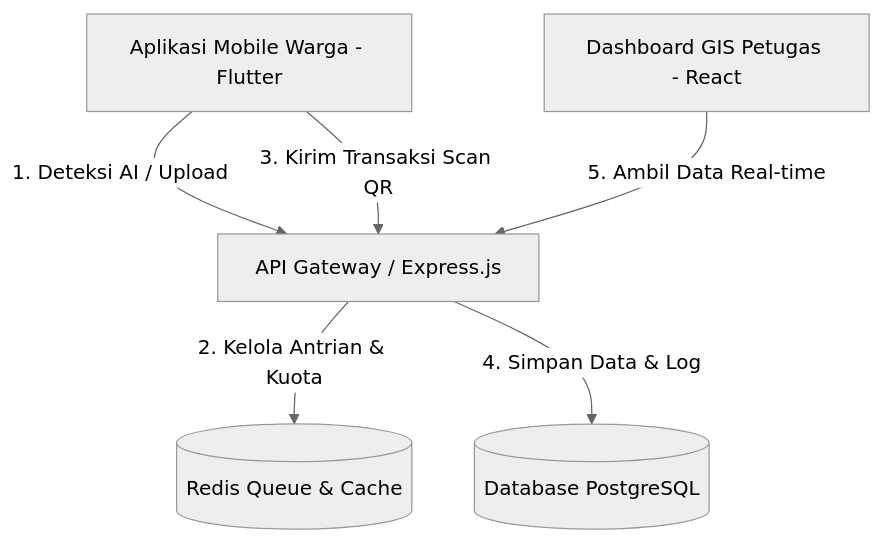
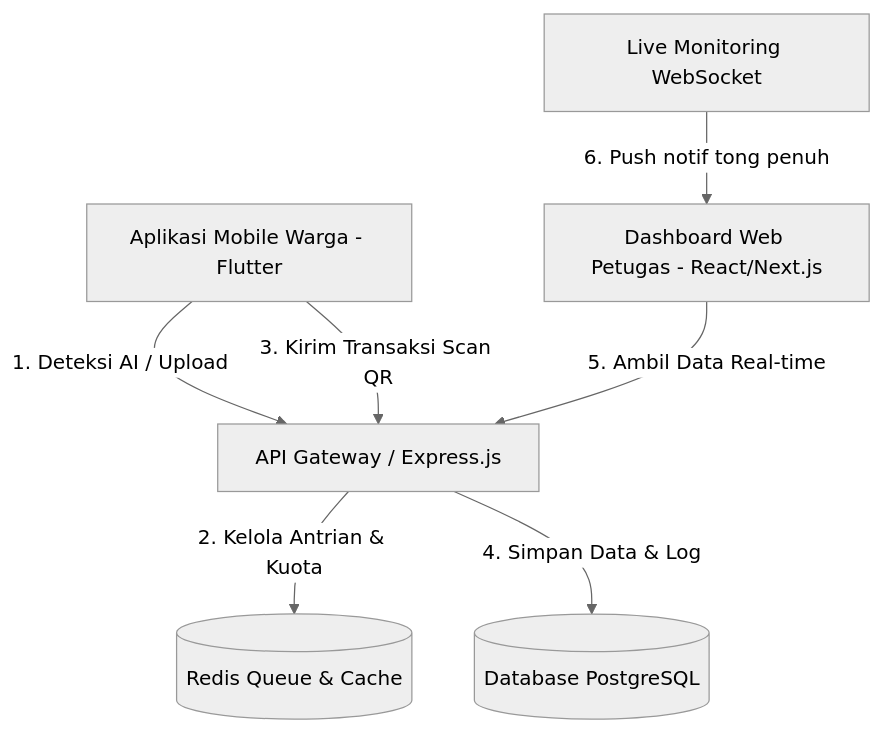
Before and after one commit to JexyDev/Pilah-Sampah-Cerdas: the diagram in docs/PRD_SRS_SDD.md, drawn with Mermaid (neutral theme). The commit also changed other lines of this file, not shown here.

````diff
--- a/docs/PRD_SRS_SDD.md
+++ b/docs/PRD_SRS_SDD.md
@@ -46,8 +53,9 @@
 ```mermaid
 graph TD
     A[Aplikasi Mobile Warga - Flutter] -->|1. Deteksi AI / Upload| B[API Gateway / Express.js]
     A -->|3. Kirim Transaksi Scan QR| B
     B -->|2. Kelola Antrian & Kuota| C[(Redis Queue & Cache)]
     B -->|4. Simpan Data & Log| D[(Database PostgreSQL)]
-    E[Dashboard GIS Petugas - React] -->|5. Ambil Data Real-time| B
+    E[Dashboard Web Petugas - React/Next.js] -->|5. Ambil Data Real-time| B
+    F[Live Monitoring WebSocket] -->|6. Push notif tong penuh| E
 ```
````
